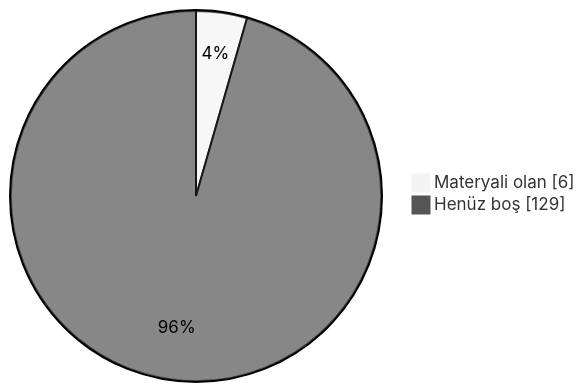
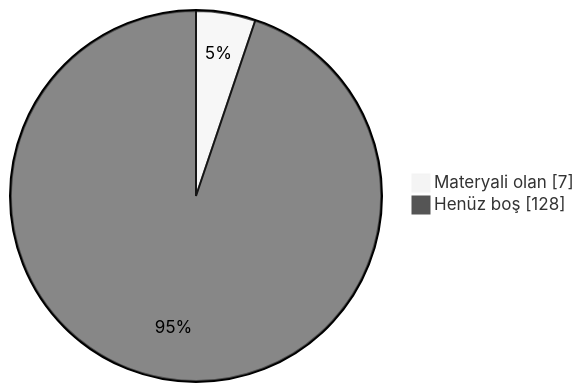
One commit to MarmaraArsiv/tek_makine changed the diagram in README.md. Above: the diagram before and after it, drawn with Mermaid (neutral theme). The commit also changed other lines of this file, not shown here.

````diff
--- a/README.md
+++ b/README.md
@@ -108,5 +108,5 @@
 ```mermaid
 pie showData
-  "Materyali olan" : 6
-  "Henüz boş" : 129
+  "Materyali olan" : 7
+  "Henüz boş" : 128
 ```
````
